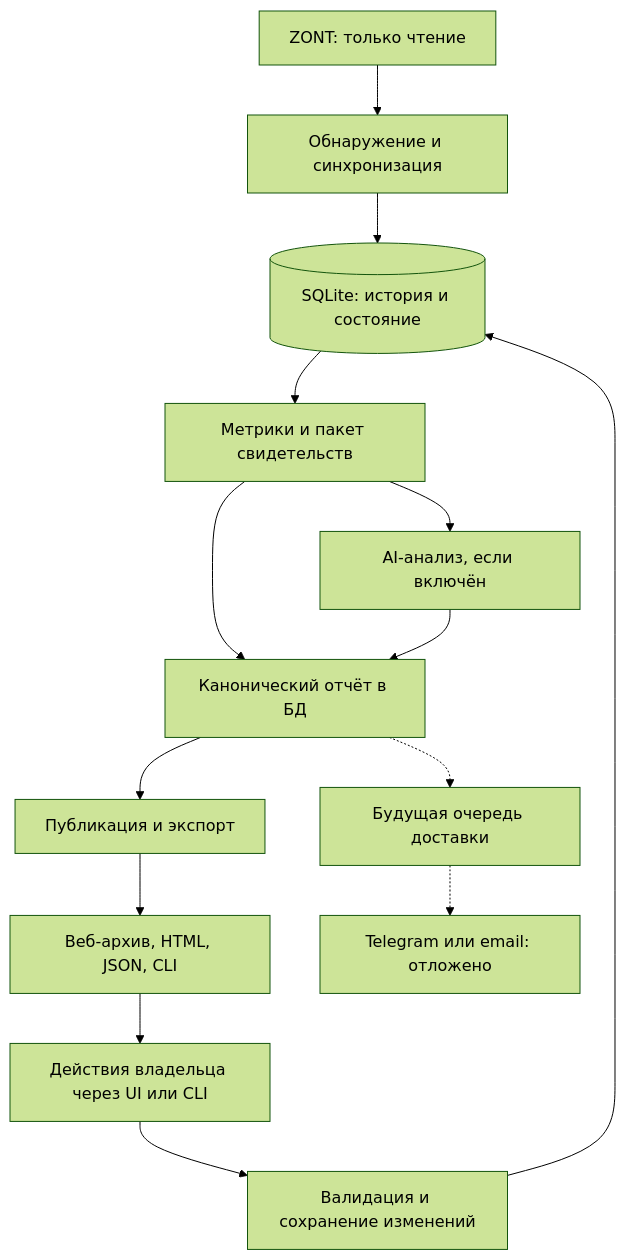
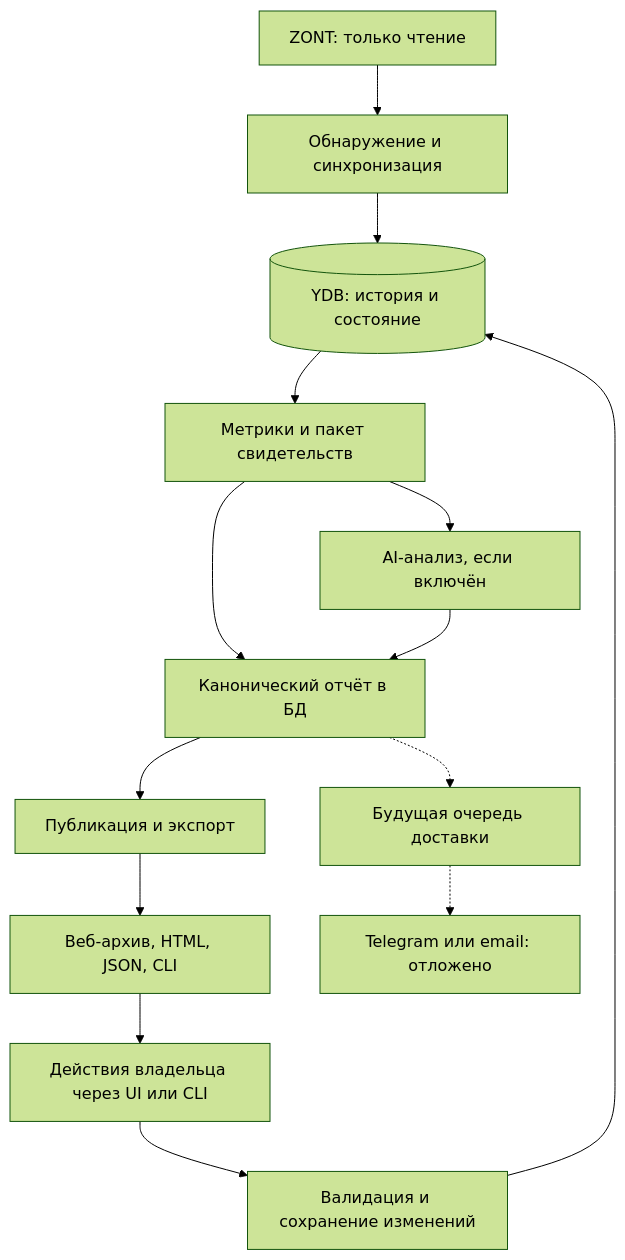
The diagram in docs/architecture.md (tupoybot/ZontAnalyzer), drawn with Mermaid (forest theme) before and after one commit. The commit also changed other lines of this file and 132 other files, not shown here.

````diff
--- a/docs/architecture.md
+++ b/docs/architecture.md
@@ -38,16 +40,16 @@
 ```mermaid
 flowchart TD
     Z[ZONT: только чтение] --> I[Обнаружение и синхронизация]
-    I --> D[(SQLite: история и состояние)]
+    I --> D[(YDB: история и состояние)]
     D --> A[Метрики и пакет свидетельств]
     A --> L[AI-анализ, если включён]
     A --> R[Канонический отчёт в БД]
     L --> R
     R --> P[Публикация и экспорт]
     P --> W[Веб-архив, HTML, JSON, CLI]
     W --> U[Действия владельца через UI или CLI]
     U --> F[Валидация и сохранение изменений]
     F --> D
     R -.-> Q[Будущая очередь доставки]
     Q -.-> T[Telegram или email: отложено]
 ```
````
